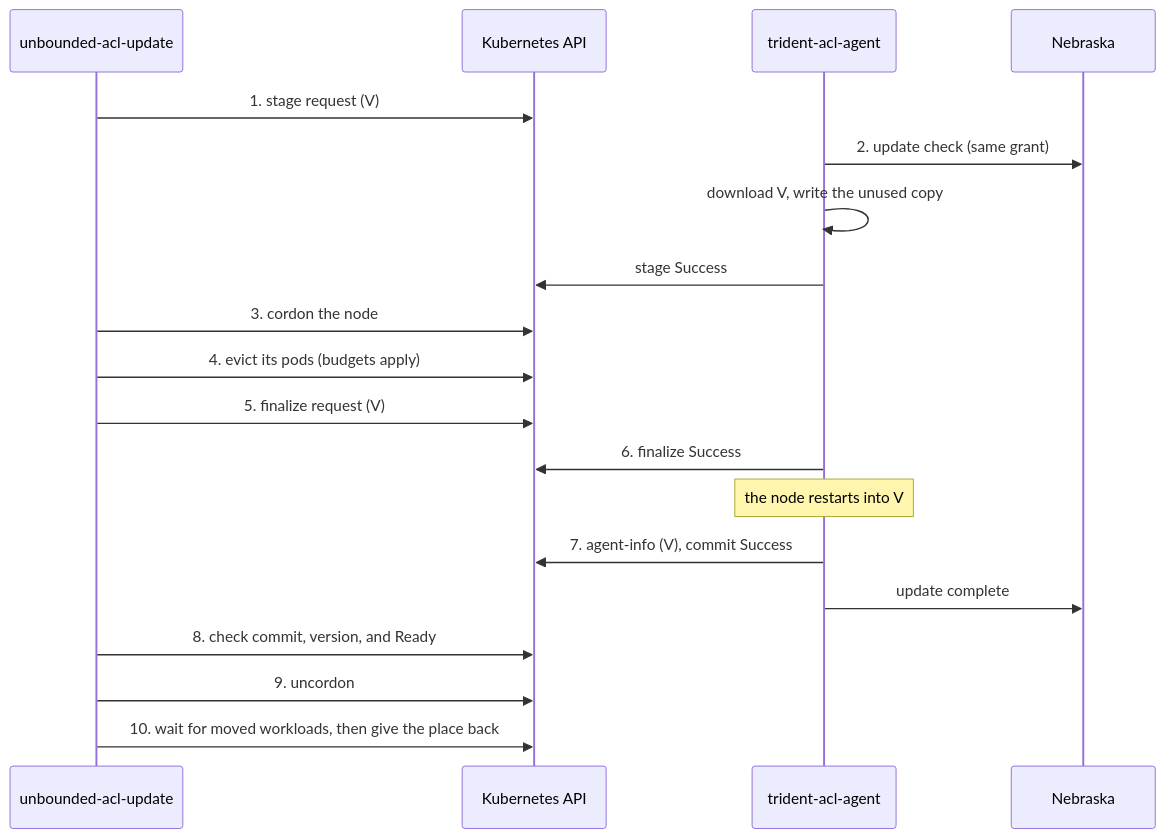
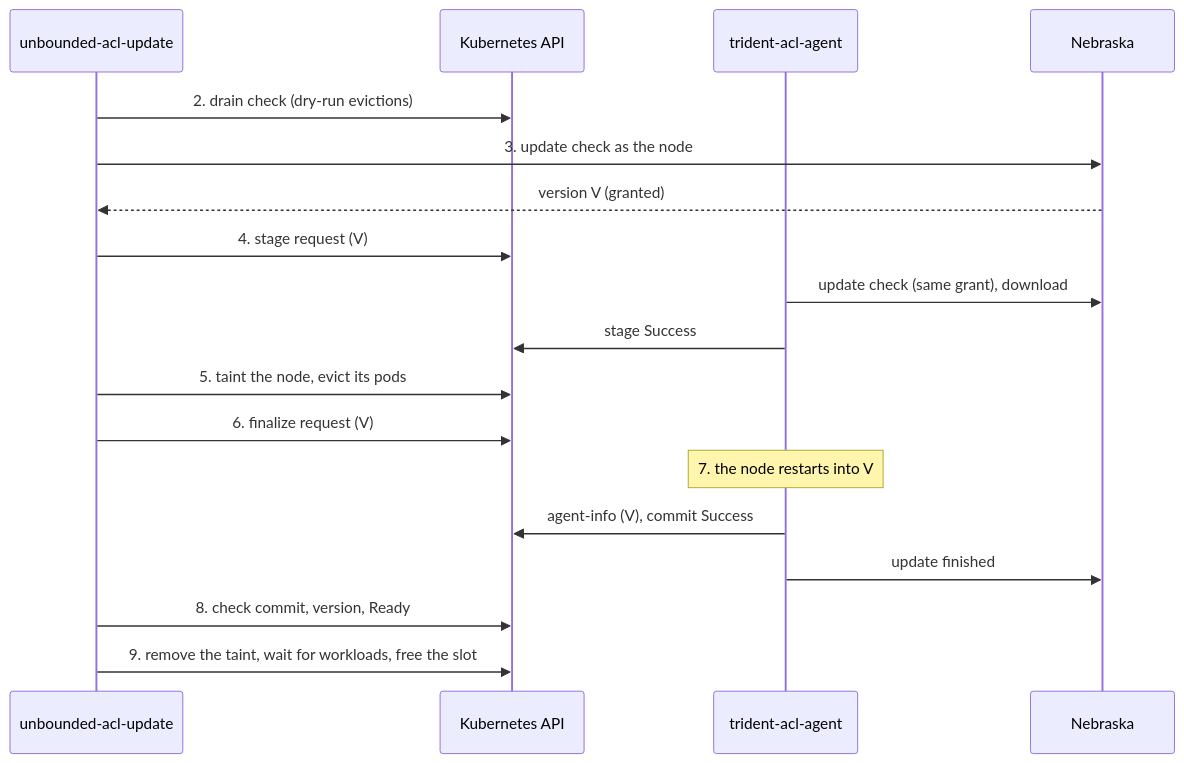
Before and after one commit to Azure/unbounded: the third of 4 diagrams in designs/unbounded-acl-update.md, drawn with Mermaid. The commit also changed other lines of this file, not shown here.

````diff
--- a/designs/unbounded-acl-update.md
+++ b/designs/unbounded-acl-update.md
@@ -473,22 +255,21 @@
 ```mermaid
 sequenceDiagram
     participant Service as unbounded-acl-update
     participant API as Kubernetes API
     participant Agent as trident-acl-agent
     participant Nebraska
 
-    Service->>API: 1. stage request (V)
-    Agent->>Nebraska: 2. update check (same grant)
-    Agent->>Agent: download V, write the unused copy
+    Service->>API: 2. drain check (dry-run evictions)
+    Service->>Nebraska: 3. update check as the node
+    Nebraska-->>Service: version V (granted)
+    Service->>API: 4. stage request (V)
+    Agent->>Nebraska: update check (same grant), download
     Agent->>API: stage Success
-    Service->>API: 3. cordon the node
-    Service->>API: 4. evict its pods (budgets apply)
-    Service->>API: 5. finalize request (V)
-    Agent->>API: 6. finalize Success
-    Note over Agent: the node restarts into V
-    Agent->>API: 7. agent-info (V), commit Success
-    Agent->>Nebraska: update complete
-    Service->>API: 8. check commit, version, and Ready
-    Service->>API: 9. uncordon
-    Service->>API: 10. wait for moved workloads, then give the place back
+    Service->>API: 5. taint the node, evict its pods
+    Service->>API: 6. finalize request (V)
+    Note over Agent: 7. the node restarts into V
+    Agent->>API: agent-info (V), commit Success
+    Agent->>Nebraska: update finished
+    Service->>API: 8. check commit, version, Ready
+    Service->>API: 9. remove the taint, wait for workloads, free the slot
 ```
````
